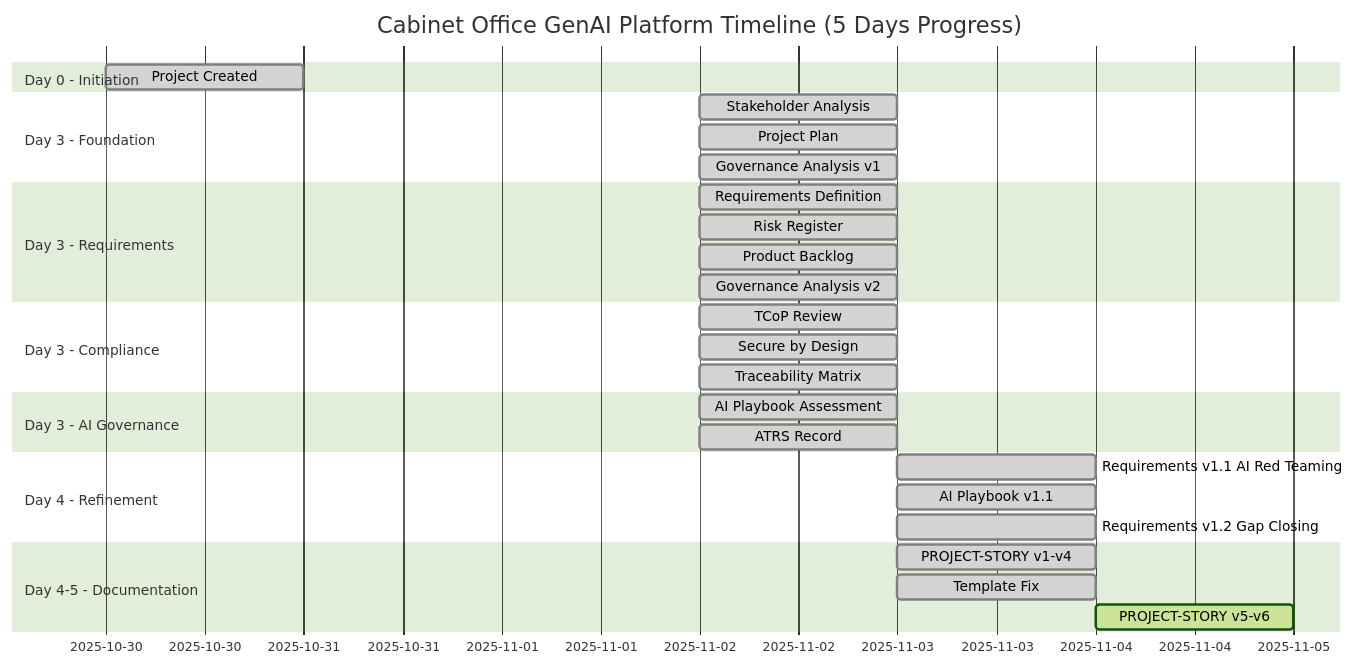
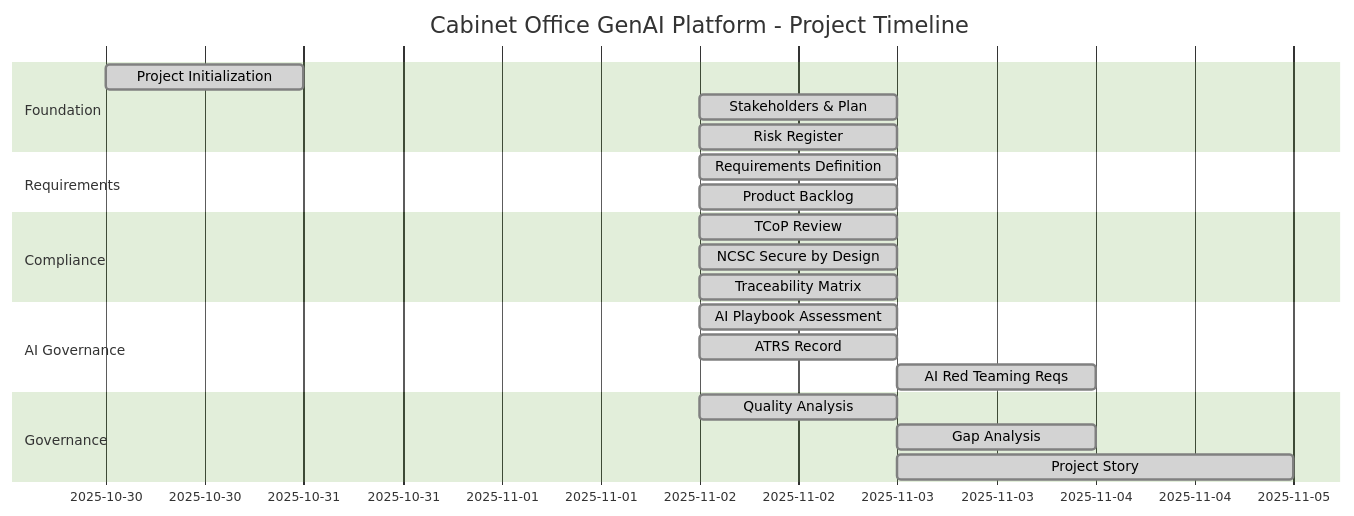
Before and after one commit to tractorjuice/arckit-test-project-v8-cabinet-office-genai: the first of 3 diagrams in projects/001-cabinet-office-genai/PROJECT-STORY.md, drawn with Mermaid (forest theme). The commit also changed other lines of this file, not shown here.

First line of the commit message:
feat: PROJECT-STORY.md v7.0 - concise 648-line project story with updated template

````diff
--- a/projects/001-cabinet-office-genai/PROJECT-STORY.md
+++ b/projects/001-cabinet-office-genai/PROJECT-STORY.md
@@ -114,38 +67,29 @@
 ```mermaid
 gantt
-    title Cabinet Office GenAI Platform Timeline (5 Days Progress)
+    title Cabinet Office GenAI Platform - Project Timeline
     dateFormat YYYY-MM-DD
 
-    section Day 0 - Initiation
-    Project Created                             :done, init, 2025-10-30, 1d
+    section Foundation
+    Project Initialization      :done, init, 2025-10-30, 1d
+    Stakeholders & Plan         :done, stake, 2025-11-02, 1d
+    Risk Register               :done, risk, 2025-11-02, 1d
 
-    section Day 3 - Foundation
-    Stakeholder Analysis                        :done, stake, 2025-11-02, 1d
-    Project Plan                                :done, plan, 2025-11-02, 1d
-    Governance Analysis v1                      :done, ana1, 2025-11-02, 1d
+    section Requirements
+    Requirements Definition     :done, req, 2025-11-02, 1d
+    Product Backlog            :done, backlog, 2025-11-02, 1d
 
-    section Day 3 - Requirements
-    Requirements Definition                     :done, req, 2025-11-02, 1d
-    Risk Register                               :done, risk, 2025-11-02, 1d
-    Product Backlog                             :done, back, 2025-11-02, 1d
-    Governance Analysis v2                      :done, ana2, 2025-11-02, 1d
+    section Compliance
+    TCoP Review                :done, tcop, 2025-11-02, 1d
+    NCSC Secure by Design      :done, secure, 2025-11-02, 1d
+    Traceability Matrix        :done, trace, 2025-11-02, 1d
 
-    section Day 3 - Compliance
-    TCoP Review                                 :done, tcop, 2025-11-02, 1d
-    Secure by Design                            :done, sec, 2025-11-02, 1d
-    Traceability Matrix                         :done, trace, 2025-11-02, 1d
+    section AI Governance
+    AI Playbook Assessment     :done, aiplay, 2025-11-02, 1d
+    ATRS Record               :done, atrs, 2025-11-02, 1d
+    AI Red Teaming Reqs       :done, redteam, 2025-11-03, 1d
 
-    section Day 3 - AI Governance
-    AI Playbook Assessment                      :done, aiplay, 2025-11-02, 1d
-    ATRS Record                                 :done, atrs, 2025-11-02, 1d
-
-    section Day 4 - Refinement
-    Requirements v1.1 AI Red Teaming            :done, req11, 2025-11-03, 1d
-    AI Playbook v1.1                            :done, aiplay11, 2025-11-03, 1d
-    Requirements v1.2 Gap Closing               :done, req12, 2025-11-03, 1d
-
-    section Day 4-5 - Documentation
-    PROJECT-STORY v1-v4                         :done, story14, 2025-11-03, 1d
-    Template Fix                                :done, temp, 2025-11-03, 1d
-    PROJECT-STORY v5-v6                         :active, story6, 2025-11-04, 1d
+    section Governance
+    Quality Analysis          :done, analyze, 2025-11-02, 1d
+    Gap Analysis             :done, gaps, 2025-11-03, 1d
+    Project Story            :done, story, 2025-11-03, 2d
 ```
````
